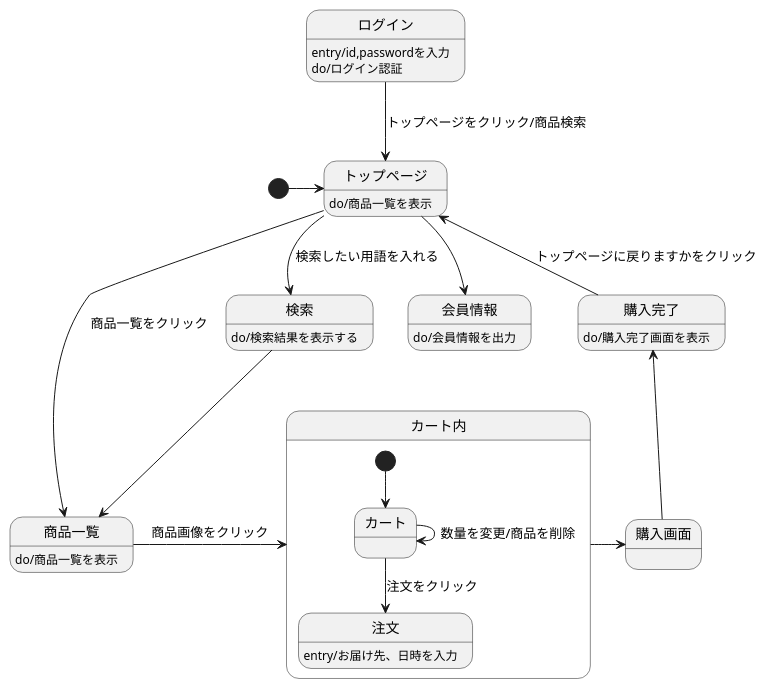
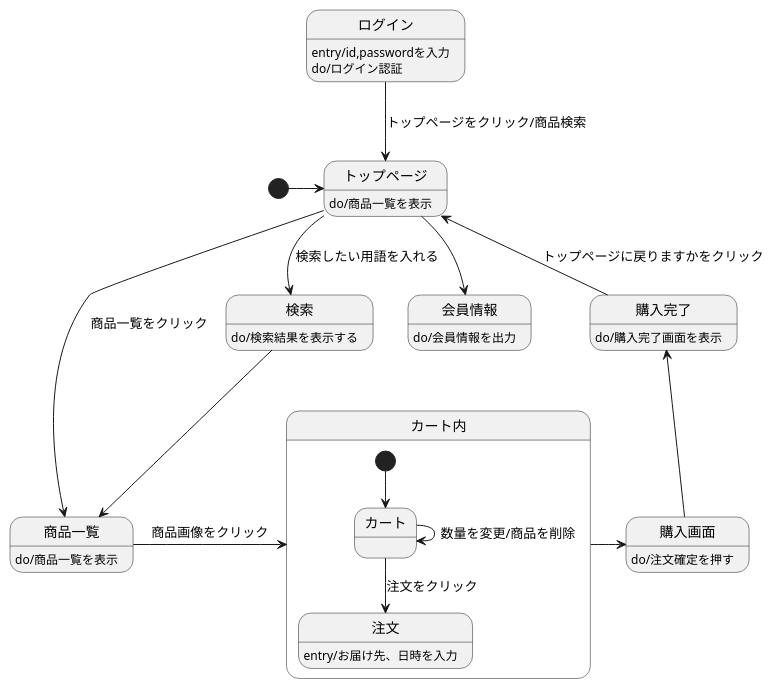
Before and after one commit to Aso2001224/2021sys-design: the diagram in 画面遷移図(original).md, drawn with PlantUML.

````diff
--- a/画面遷移図(original).md
+++ b/画面遷移図(original).md
@@ -1,26 +1,27 @@
 ```uml
 @startuml
 [*]->トップページ
 トップページ:do/商品一覧を表示
 ログイン-->トップページ:トップページをクリック/商品検索
 ログイン:entry/id,passwordを入力
 ログイン:do/ログイン認証
 トップページ-->会員情報
 会員情報:do/会員情報を出力
 トップページ-->検索 :検索したい用語を入れる
 検索:do/検索結果を表示する
 トップページ-->商品一覧 :商品一覧をクリック
 検索-->商品一覧
 商品一覧:do/商品一覧を表示
 商品一覧-right->カート内: 商品画像をクリック
 カート内-right-> 購入画面
+購入画面:do/注文確定を押す
 購入画面-up->購入完了
 購入完了:do/購入完了画面を表示
 購入完了-up->トップページ: トップページに戻りますかをクリック
 state カート内{
 [*]--> カート
 カート-down-> 注文: 注文をクリック
 カート->カート: 数量を変更/商品を削除
 注文:entry/お届け先、日時を入力
 @enduml
 ```
````
